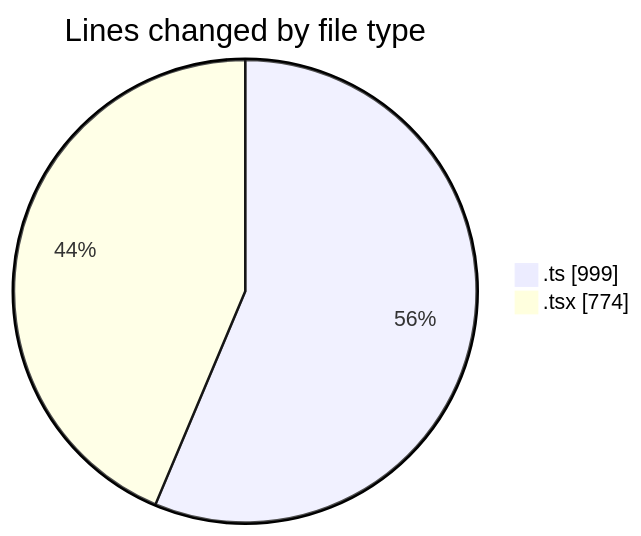
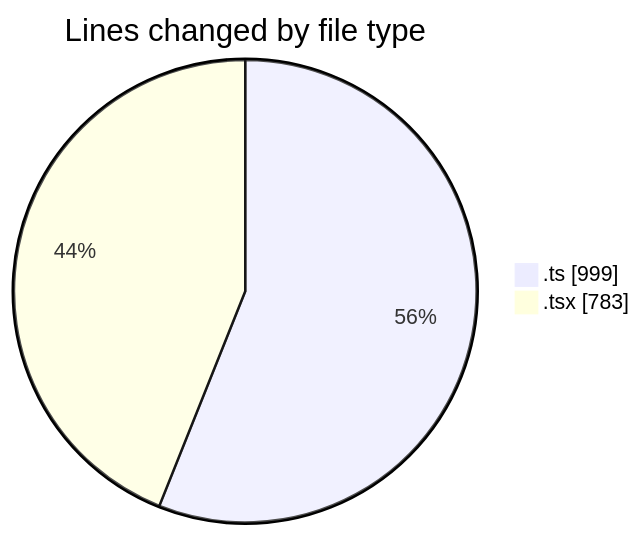
Before and after one commit to nxtqubesakshisongat/code-tracking: the first of 2 diagrams in 2026-05-07/nxtqube_webapp/README.md, drawn with Mermaid. The commit also changed other lines of this file and 1 other file, not shown here.

````diff
--- a/2026-05-07/nxtqube_webapp/README.md
+++ b/2026-05-07/nxtqube_webapp/README.md
@@ -26,6 +26,6 @@
 ```mermaid
 pie showData
 title Lines changed by file type
 ".ts" : 999
-".tsx" : 774
+".tsx" : 783
 ```
````
